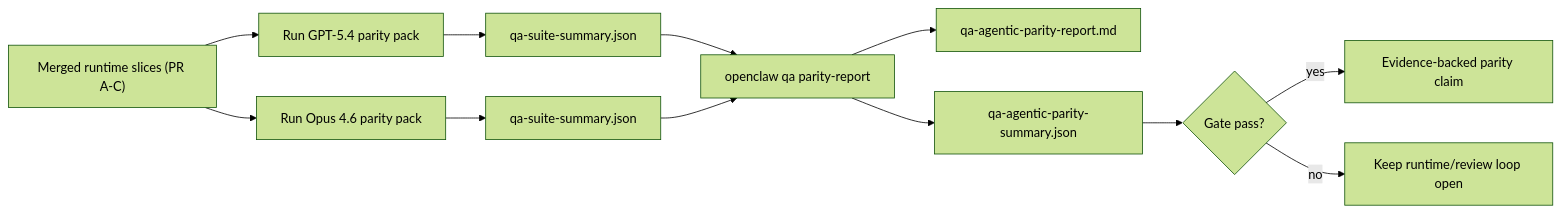
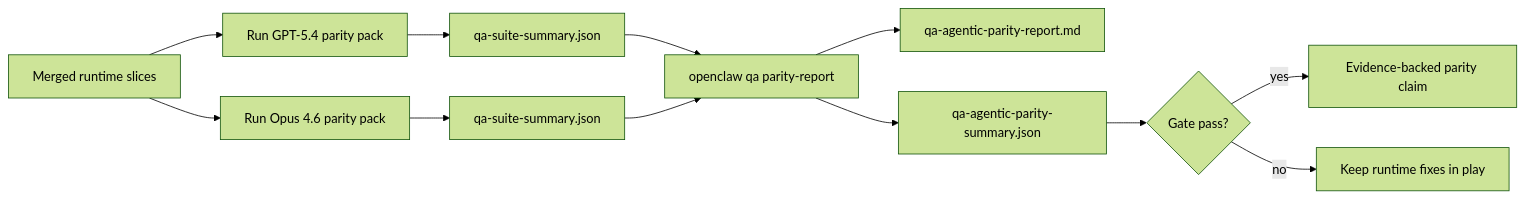
The second of 5 diagrams in docs/help/gpt54-codex-agentic-parity.md (openclaw/openclaw), drawn with Mermaid (forest theme) before and after one commit. The commit also changed other lines of this file and 1 other file, not shown here.

Commit message:
docs(parity): rewrite parity docs in a more natural reviewer voice

````diff
--- a/docs/help/gpt54-codex-agentic-parity.md
+++ b/docs/help/gpt54-codex-agentic-parity.md
@@ -173,14 +91,14 @@
 ```mermaid
 flowchart LR
-    A["Merged runtime slices (PR A-C)"] --> B["Run GPT-5.4 parity pack"]
+    A["Merged runtime slices"] --> B["Run GPT-5.4 parity pack"]
     A --> C["Run Opus 4.6 parity pack"]
     B --> D["qa-suite-summary.json"]
     C --> E["qa-suite-summary.json"]
     D --> F["openclaw qa parity-report"]
     E --> F
     F --> G["qa-agentic-parity-report.md"]
     F --> H["qa-agentic-parity-summary.json"]
     H --> I{"Gate pass?"}
     I -- "yes" --> J["Evidence-backed parity claim"]
-    I -- "no" --> K["Keep runtime/review loop open"]
+    I -- "no" --> K["Keep runtime fixes in play"]
 ```
````
